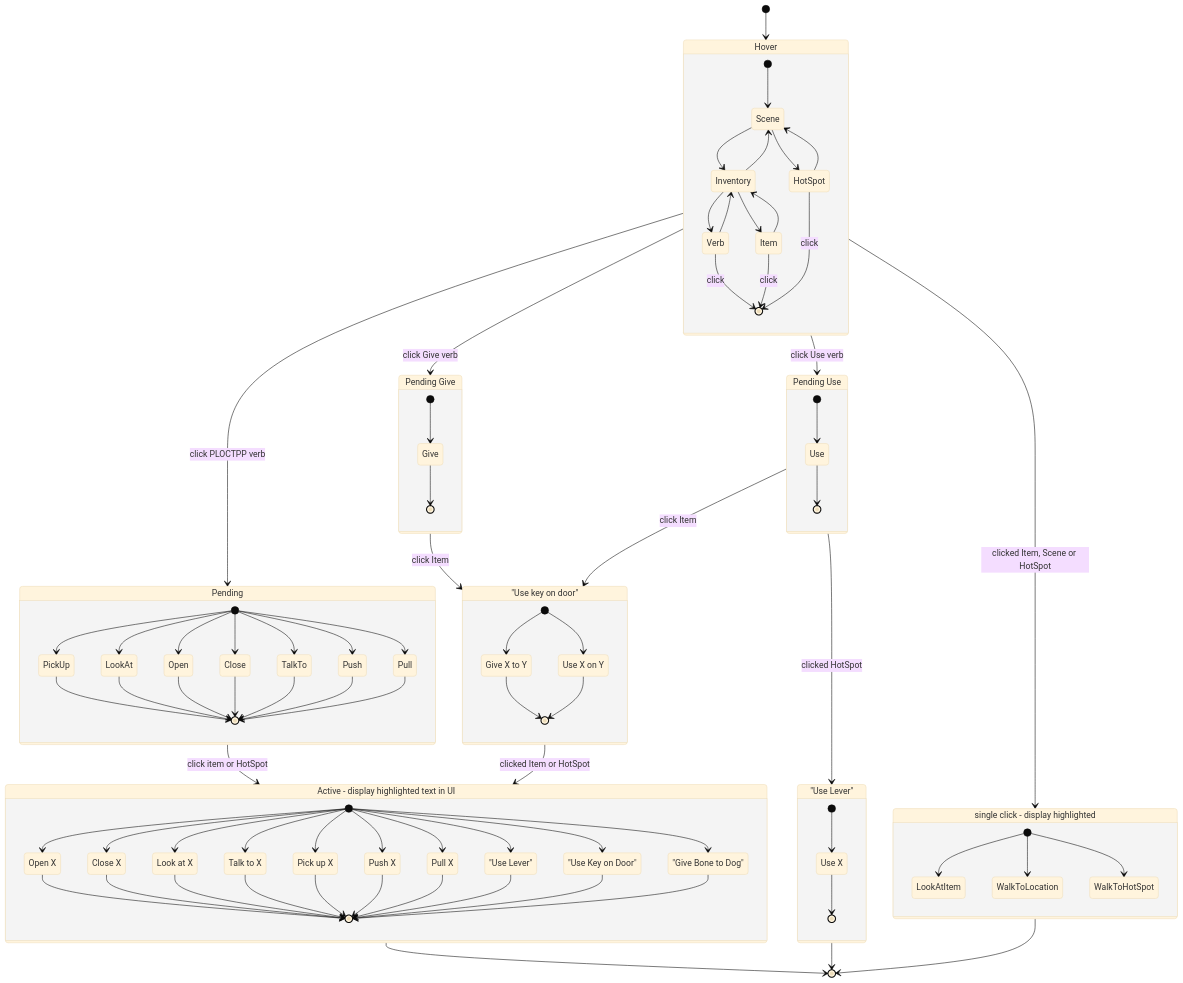
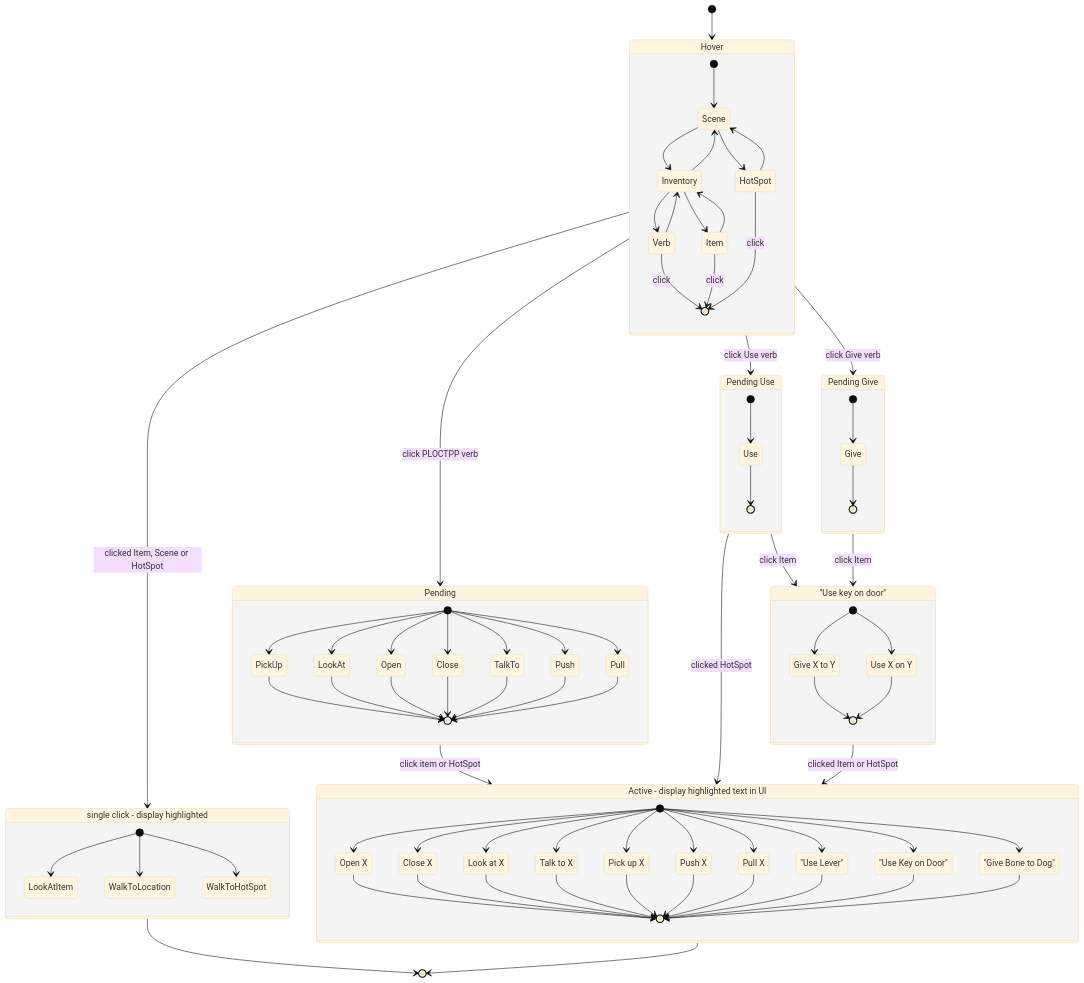
One commit to sarah-j-smith/UnrealEngine2D changed the diagram in AdventureGame/Docs/CommandState.md. Above: the diagram before and after it, drawn with Mermaid (base theme). The commit also changed other lines of this file and 29 other files, not shown here.

````diff
--- a/AdventureGame/Docs/CommandState.md
+++ b/AdventureGame/Docs/CommandState.md
@@ -107,14 +107,7 @@
     } 
     Targeting: "Use key on door"
 
-    state TargetingUse {
-        [*] --> HUse
-        HUse: Use X
-        HUse --> [*]
-    }
-    TargetingUse: "Use Lever"
-
-    PendingUse --> TargetingUse : clicked HotSpot
+    PendingUse --> Active : clicked HotSpot
     Hover --> InstantActive : clicked Item, Scene or HotSpot
     state InstantActive {
         [*] --> LookAtItem
@@ -124,7 +117,6 @@
     InstantActive: single click - display highlighted
 
     Targeting --> Active: clicked Item or HotSpot
-    TargetingUse --> [*]
     InstantActive --> [*]
     Active --> [*]
 ```
````
